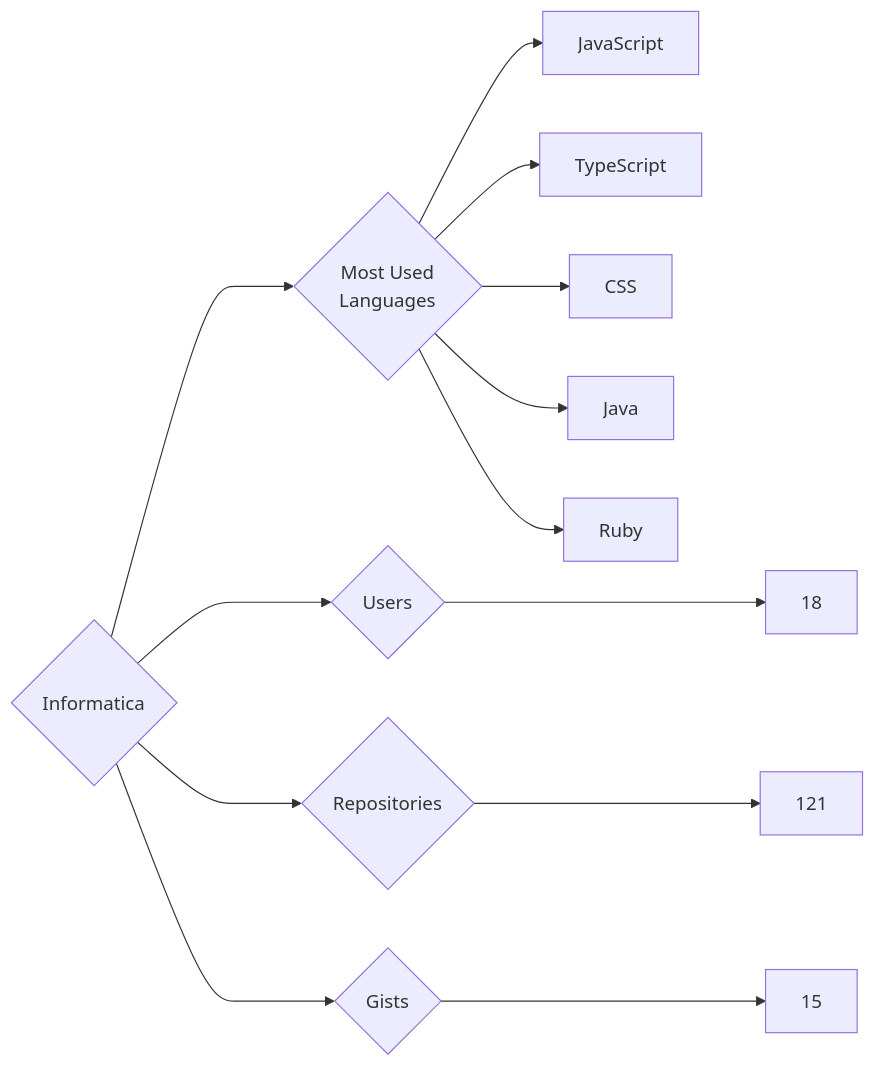
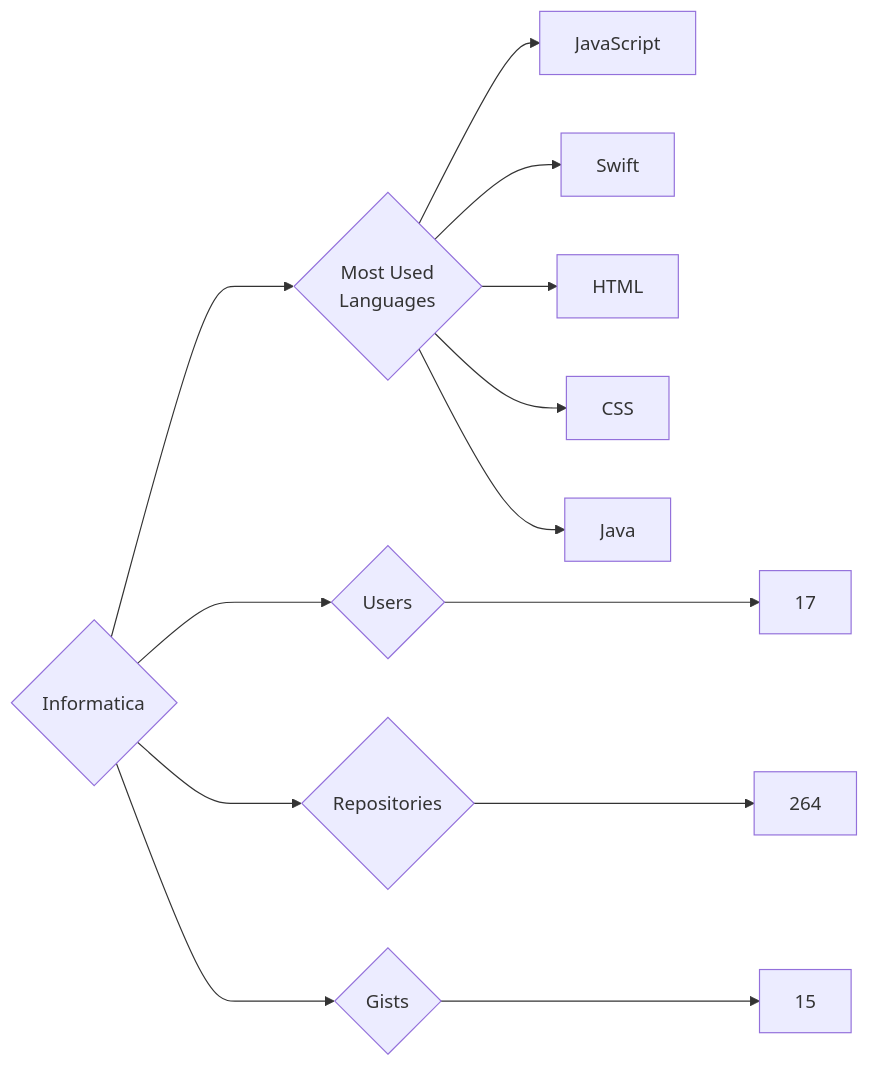
Before and after one commit to trickest/insiders: the diagram in targets/Informatica/README.md, drawn with Mermaid. The commit also changed 1195 other files, not shown here.

````diff
--- a/targets/Informatica/README.md
+++ b/targets/Informatica/README.md
@@ -3,13 +3,13 @@
 ```mermaid
 graph LR
 COMPANY_NAME{Informatica}
-COMPANY_NAME ---> U{Users} ---> UN[18]
-COMPANY_NAME ---> R{Repositories} ---> RN[121]
+COMPANY_NAME ---> U{Users} ---> UN[17]
+COMPANY_NAME ---> R{Repositories} ---> RN[264]
 COMPANY_NAME ---> G{Gists} ---> GN[15]
 COMPANY_NAME ---> ML{Most Used<br>Languages}
 ML --> JavaScript[JavaScript]
-ML --> TypeScript[TypeScript]
+ML --> Swift[Swift]
+ML --> HTML[HTML]
 ML --> CSS[CSS]
 ML --> Java[Java]
-ML --> Ruby[Ruby]
 ```
````
